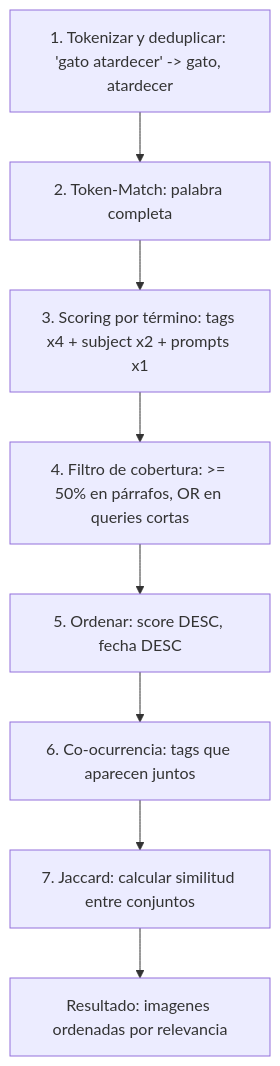
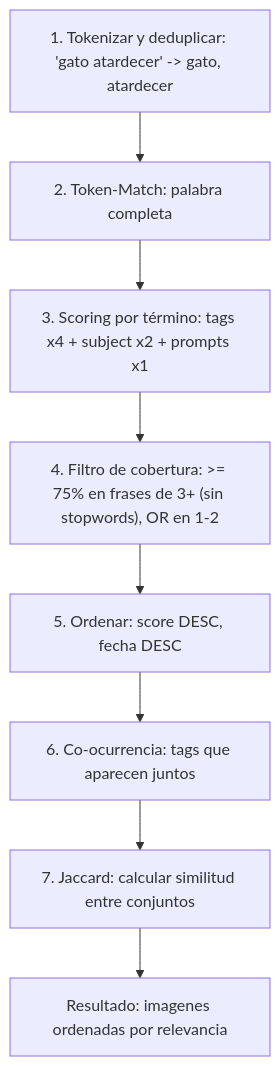
One commit to epimient/Buscador_grafos changed the ninth of 9 diagrams in docs/VORAEL_GUIA_COMPLETA.md. Above: the diagram before and after it, drawn with Mermaid. The commit also changed other lines of this file and 8 other files, not shown here.

````diff
--- a/docs/VORAEL_GUIA_COMPLETA.md
+++ b/docs/VORAEL_GUIA_COMPLETA.md
@@ -529,10 +552,10 @@
 ```mermaid
 flowchart TD
     A["1. Tokenizar y deduplicar: 'gato atardecer' -> gato, atardecer"] --> B["2. Token-Match: palabra completa"]
     B --> C["3. Scoring por término: tags x4 + subject x2 + prompts x1"]
-    C --> D["4. Filtro de cobertura: >= 50% en párrafos, OR en queries cortas"]
+    C --> D["4. Filtro de cobertura: >= 75% en frases de 3+ (sin stopwords), OR en 1-2"]
     D --> E["5. Ordenar: score DESC, fecha DESC"]
     E --> F["6. Co-ocurrencia: tags que aparecen juntos"]
     F --> G["7. Jaccard: calcular similitud entre conjuntos"]
     G --> H["Resultado: imagenes ordenadas por relevancia"]
 ```
````
